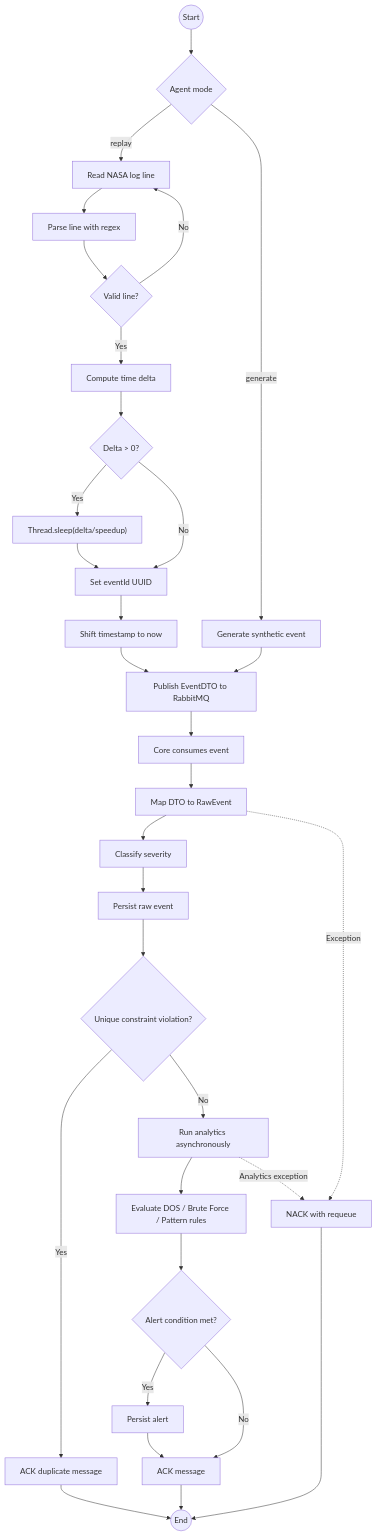
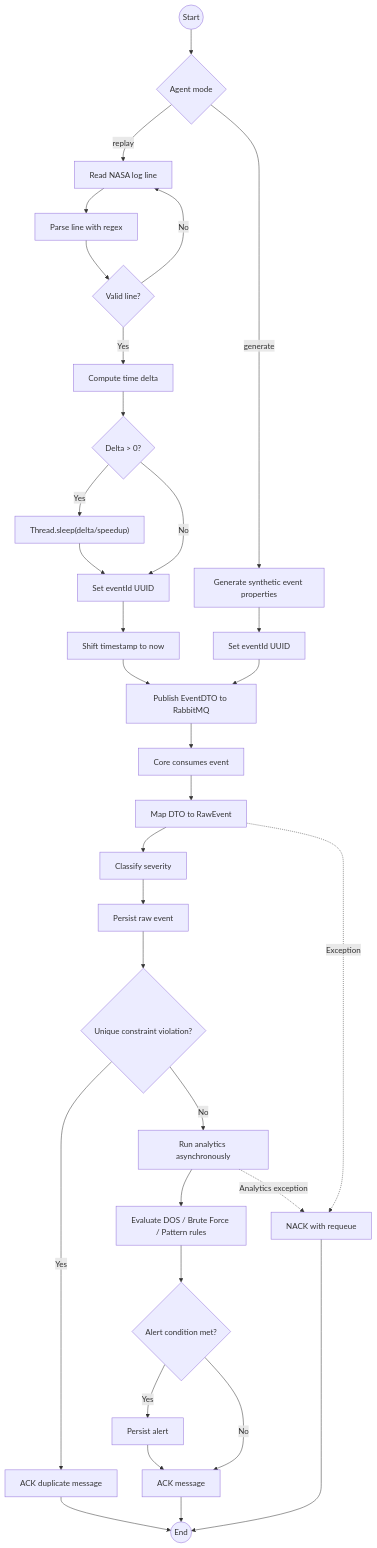
Before and after one commit to ZGr3Y/sentinel-distributed-siem: the diagram in docs/uml/Activity_UML.md, drawn with Mermaid.

Commit message:
docs: update activity UML to include event ID assignment in generation flow

````diff
--- a/docs/uml/Activity_UML.md
+++ b/docs/uml/Activity_UML.md
@@ -6,44 +6,45 @@
 ```mermaid
 flowchart TD
     Start((Start)) --> AgentMode{Agent mode}
 
     %% Replay mode path
     AgentMode -- replay --> ReadLog[Read NASA log line]
     ReadLog --> ParseLine[Parse line with regex]
     ParseLine --> IsValid{Valid line?}
     IsValid -- No --> ReadLog
     IsValid -- Yes --> CalcDelta[Compute time delta]
     CalcDelta --> SleepReplay{Delta > 0?}
     SleepReplay -- Yes --> WaitReplay["Thread.sleep(delta/speedup)"]
     SleepReplay -- No --> SetReplayId
     WaitReplay --> SetReplayId[Set eventId UUID]
     SetReplayId --> ShiftNow[Shift timestamp to now]
     ShiftNow --> PublishEvent
 
     %% Generate mode path
-    AgentMode -- generate --> BuildSynthetic[Generate synthetic event]
-    BuildSynthetic --> PublishEvent[Publish EventDTO to RabbitMQ]
+    AgentMode -- generate --> BuildSynthetic[Generate synthetic event properties]
+    BuildSynthetic --> SetGenId[Set eventId UUID]
+    SetGenId --> PublishEvent[Publish EventDTO to RabbitMQ]
 
     %% Core processing
     PublishEvent --> ConsumeEvent[Core consumes event]
     ConsumeEvent --> MapEntity[Map DTO to RawEvent]
     MapEntity --> ClassifySeverity[Classify severity]
     ClassifySeverity --> SaveRawEvent[Persist raw event]
 
     SaveRawEvent --> DuplicateCheck{Unique constraint violation?}
     DuplicateCheck -- Yes --> AckDuplicate[ACK duplicate message]
     AckDuplicate --> End((End))
 
     DuplicateCheck -- No --> RunAsync[Run analytics asynchronously]
     RunAsync --> EvaluateRules[Evaluate DOS / Brute Force / Pattern rules]
     EvaluateRules --> NeedAlert{Alert condition met?}
     NeedAlert -- Yes --> SaveAlert[Persist alert]
     NeedAlert -- No --> AckSuccess
     SaveAlert --> AckSuccess[ACK message]
     AckSuccess --> End
 
     %% Error paths
     MapEntity -. Exception .-> NackError[NACK with requeue]
     RunAsync -. Analytics exception .-> NackError
     NackError --> End
 ```
````
